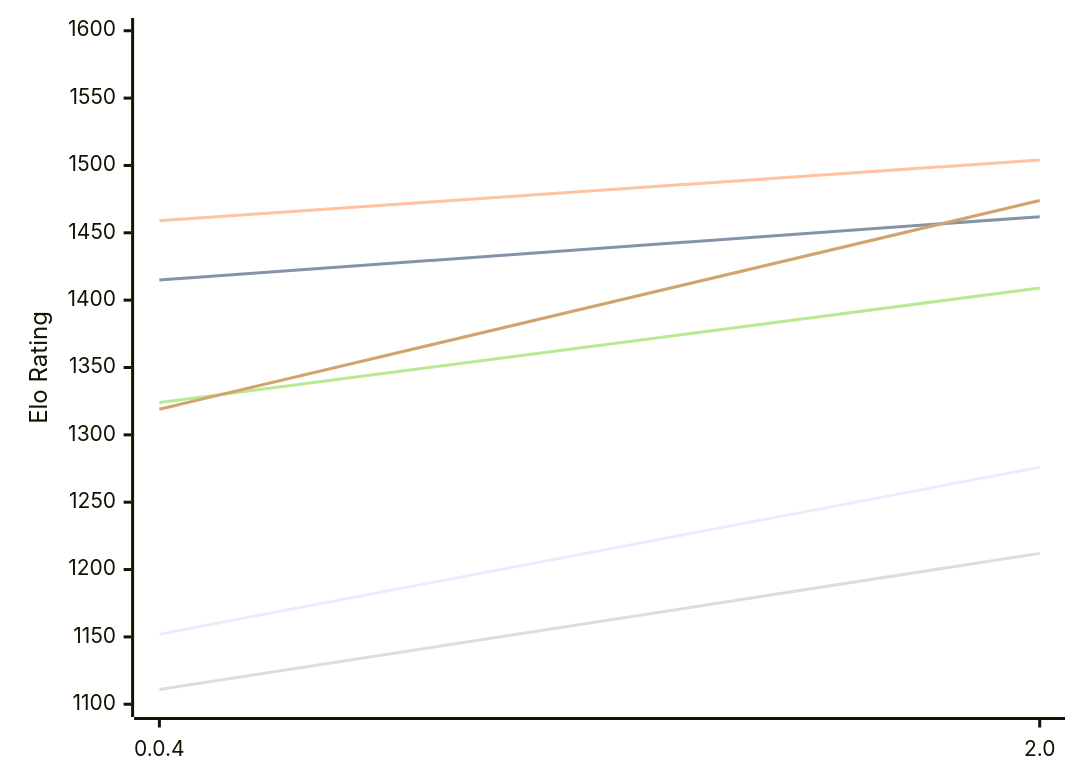
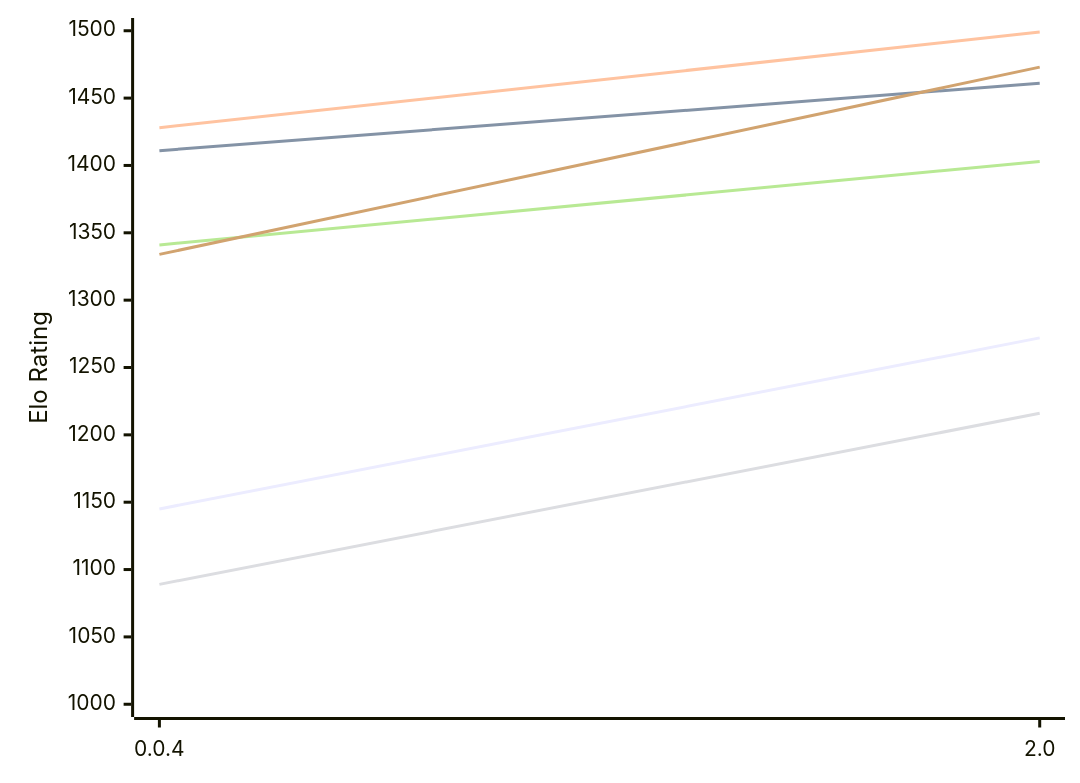
The first of 2 diagrams in engines/Oops!Mate.md (computer-chess-index/cci), drawn with Mermaid before and after one commit. The commit also changed other lines of this file, not shown here.

Commit message:
Update CCI Ratings (ELO VLTC) - 2026-11-17

````diff
--- a/engines/Oops!Mate.md
+++ b/engines/Oops!Mate.md
@@ -50,12 +50,12 @@
 ```mermaid
 %%{init: {"theme":"base","themeVariables":{"seriesColors:['#a3a3a3','#222221','#faa371']}}}%%
 xychart-beta
   x-axis ["0.0.4", "2.0"]
-  y-axis "Elo Rating" 1100 --> 1600
-  line "E1: STC (8.0+0.08s)" [1152, 1276]
-  line "E1: LTC (60.0+0.60s)" [1415, 1462]
-  line "E1: VLTC (2m24s+1.12s)" [1459, 1504]
-  line "P1: STC (8.0+0.08s)" [1111, 1212]
-  line "P1: LTC (60.0+0.60s)" [1324, 1409]
-  line "P1: VLTC (2m24s+1.12s)" [1319, 1474]
+  y-axis "Elo Rating" 1000 --> 1500
+  line "E1: STC (8.0+0.08s)" [1145, 1272]
+  line "E1: LTC (60.0+0.60s)" [1411, 1461]
+  line "E1: VLTC (2m24s+1.12s)" [1428, 1499]
+  line "P1: STC (8.0+0.08s)" [1089, 1216]
+  line "P1: LTC (60.0+0.60s)" [1341, 1403]
+  line "P1: VLTC (2m24s+1.12s)" [1334, 1473]
 ```
````
